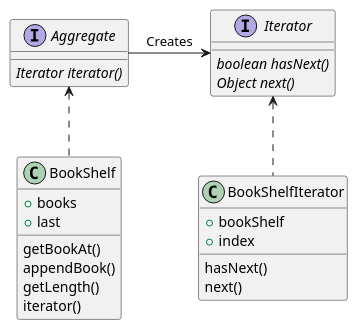
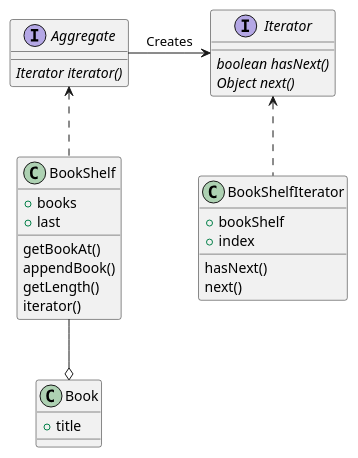
Before and after one commit to ku2ma2/design_pattern: the diagram in php/iterator/README.md, drawn with PlantUML.

Commit message:
Modified README.md for PlantUML
- Add Class "Book"

````diff
--- a/php/iterator/README.md
+++ b/php/iterator/README.md
@@ -4,34 +4,39 @@
 ```uml
 @startuml
 
 
 interface Aggregate {
     {abstract} Iterator iterator()
 }
 
 interface Iterator {
     {abstract} boolean hasNext()
     {abstract} Object next()
 }
 class BookShelf {
     +books
     +last
     getBookAt()
     appendBook()
     getLength()
     iterator()
 }
 class BookShelfIterator {
     +bookShelf
     +index
     hasNext()
     next()
 }
 
+class Book {
+  +title
+}
+
 BookShelfIterator .up-> Iterator
 BookShelf .up-> Aggregate
 Aggregate -right-> Iterator : Creates
+Book o-up- BookShelf
 
 
 @enduml
 ```
````
